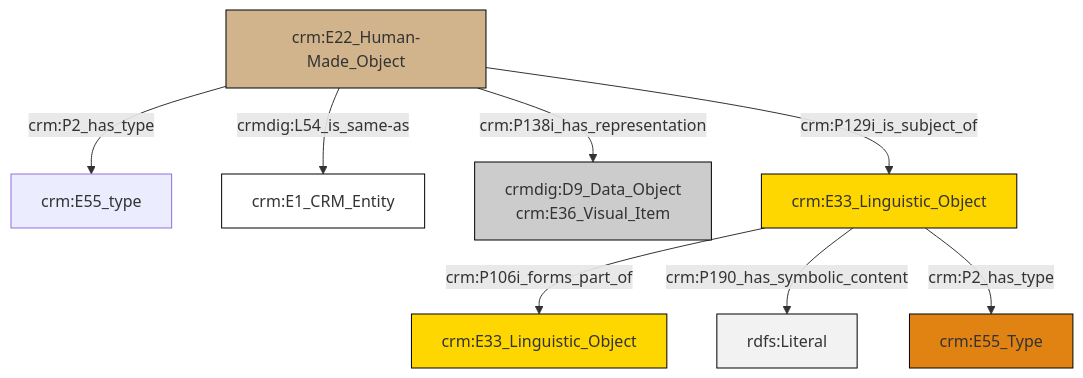
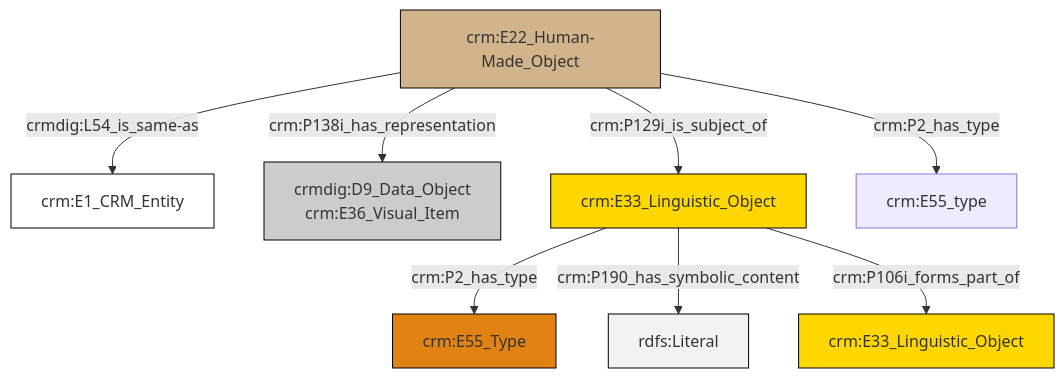
One commit to swiss-art-research-net/docs.swissartresearch changed the diagram in et/artworkCSV/ttl/mmd/Artwork_Documentation.ttl.mmd. Above: the diagram before and after it, drawn with Mermaid. The commit also changed 180 other files, not shown here.

```diff
--- a/et/artworkCSV/ttl/mmd/Artwork_Documentation.ttl.mmd
+++ b/et/artworkCSV/ttl/mmd/Artwork_Documentation.ttl.mmd
@@ -1,22 +1,22 @@
 graph TD
 classDef Literal fill:#f2f2f2,stroke:#000000;
 classDef CRM_Entity fill:#FFFFFF,stroke:#000000;
 classDef Temporal_Entity fill:#00C9E6, stroke:#000000;
 classDef Type fill:#E18312, stroke:#000000;
 classDef Time-Span fill:#2C9C91, stroke:#000000;
 classDef Appellation fill:#FFEB7F, stroke:#000000;
 classDef Place fill:#008836, stroke:#000000;
 classDef Persistent_Item fill:#B266B2, stroke:#000000;
 classDef Conceptual_Object fill:#FFD700, stroke:#000000;
 classDef Physical_Thing fill:#D2B48C, stroke:#000000;
 classDef Actor fill:#f58aad, stroke:#000000;
 classDef PC_Classes fill:#4ce600, stroke:#000000;
 classDef Multi fill:#cccccc,stroke:#000000;
 
-0["crm:E22_Human-Made_Object"]:::Physical_Thing -->|crm:P2_has_type| 1["crm:E55_type"]:::Default
-0["crm:E22_Human-Made_Object"]:::Physical_Thing -->|crmdig:L54_is_same-as| 3["crm:E1_CRM_Entity"]:::CRM_Entity
-0["crm:E22_Human-Made_Object"]:::Physical_Thing -->|crm:P138i_has_representation| 5["crmdig:D9_Data_Object<br>crm:E36_Visual_Item"]:::Multi
-0["crm:E22_Human-Made_Object"]:::Physical_Thing -->|crm:P129i_is_subject_of| 8["crm:E33_Linguistic_Object"]:::Conceptual_Object
-8["crm:E33_Linguistic_Object"]:::Conceptual_Object -->|crm:P106i_forms_part_of| 11["crm:E33_Linguistic_Object"]:::Conceptual_Object
-8["crm:E33_Linguistic_Object"]:::Conceptual_Object -->|crm:P190_has_symbolic_content| 13[rdfs:Literal]:::Literal
-8["crm:E33_Linguistic_Object"]:::Conceptual_Object -->|crm:P2_has_type| 14["crm:E55_Type"]:::Type
+0["crm:E22_Human-Made_Object"]:::Physical_Thing -->|crmdig:L54_is_same-as| 2["crm:E1_CRM_Entity"]:::CRM_Entity
+0["crm:E22_Human-Made_Object"]:::Physical_Thing -->|crm:P129i_is_subject_of| 5["crm:E33_Linguistic_Object"]:::Conceptual_Object
+5["crm:E33_Linguistic_Object"]:::Conceptual_Object -->|crm:P2_has_type| 6["crm:E55_Type"]:::Type
+5["crm:E33_Linguistic_Object"]:::Conceptual_Object -->|crm:P190_has_symbolic_content| 9[rdfs:Literal]:::Literal
+5["crm:E33_Linguistic_Object"]:::Conceptual_Object -->|crm:P106i_forms_part_of| 10["crm:E33_Linguistic_Object"]:::Conceptual_Object
+0["crm:E22_Human-Made_Object"]:::Physical_Thing -->|crm:P2_has_type| 7["crm:E55_type"]:::Default
+0["crm:E22_Human-Made_Object"]:::Physical_Thing -->|crm:P138i_has_representation| 3["crmdig:D9_Data_Object<br>crm:E36_Visual_Item"]:::Multi
```
